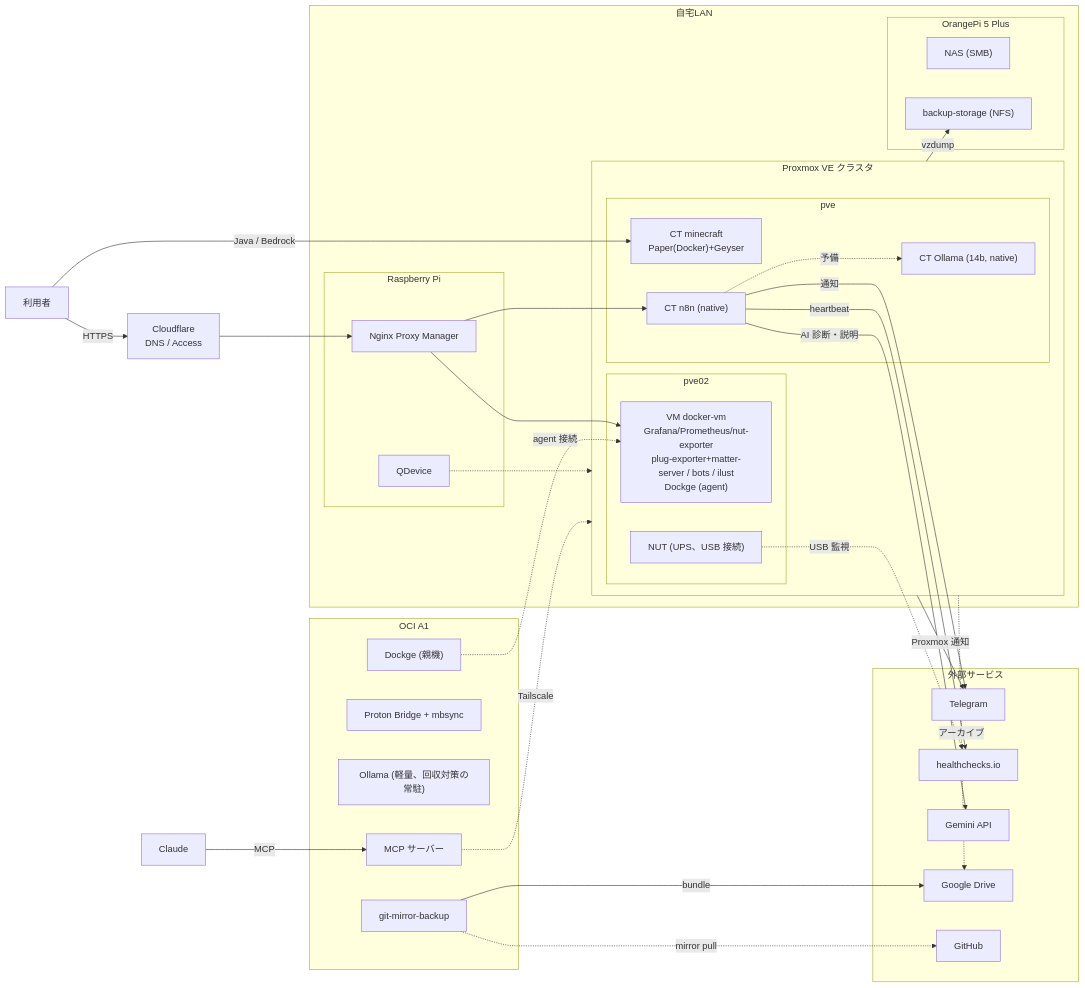
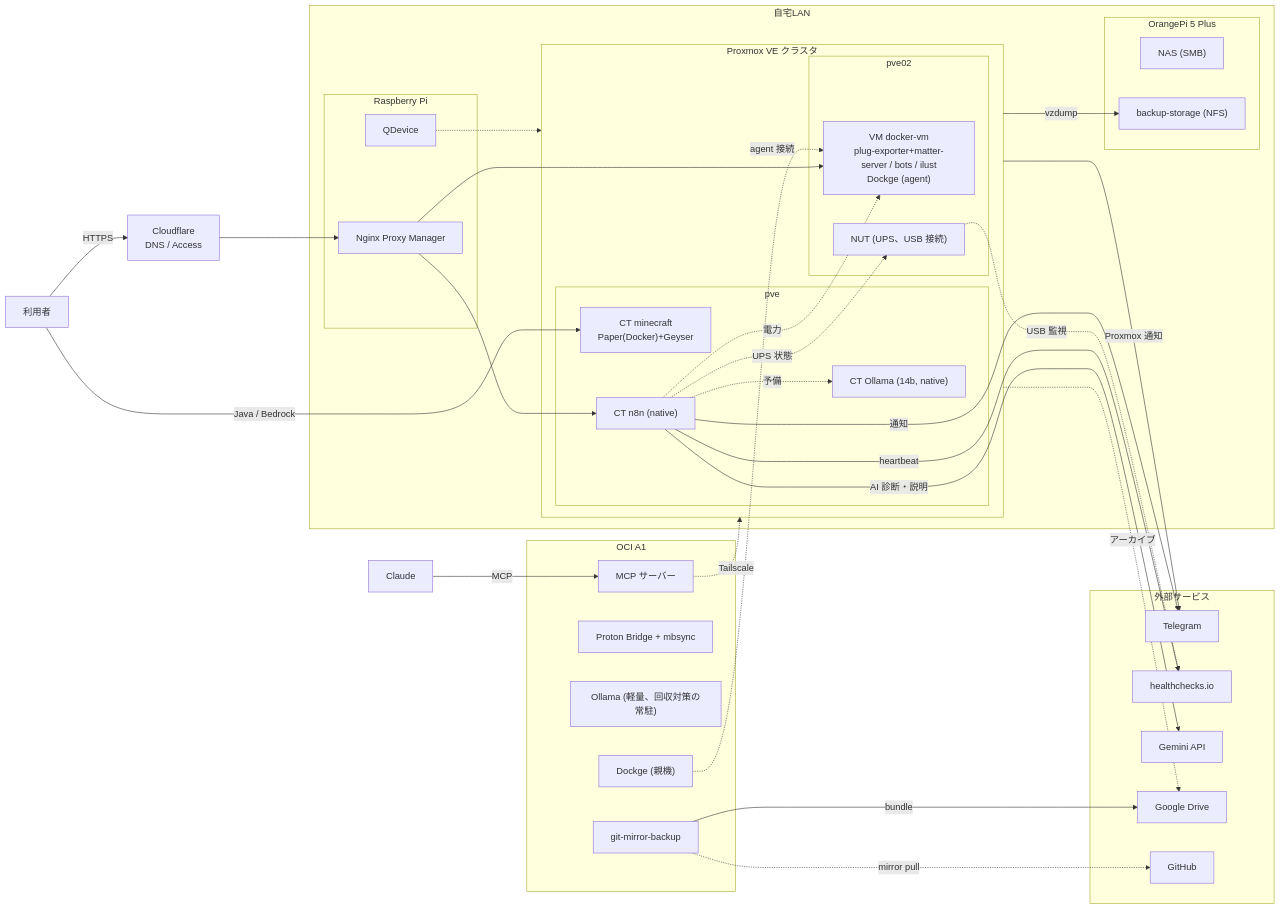
One commit to Leucophyllous/homelab changed the diagram in README.md. Above: the diagram before and after it, drawn with Mermaid. The commit also changed other lines of this file, not shown here.

Commit message:
docs: Grafana系の廃止と n8n による UPS・プラグ監視をREADMEに反映

````diff
--- a/README.md
+++ b/README.md
@@ -12,61 +12,63 @@
 ```mermaid
 flowchart LR
   user["利用者"] -->|HTTPS| cf["Cloudflare<br>DNS / Access"]
   user -->|Java / Bedrock| mc
   claude["Claude"] -->|MCP| mcp
 
   subgraph home["自宅LAN"]
     subgraph pi["Raspberry Pi"]
       npm["Nginx Proxy Manager"]
       qd["QDevice"]
     end
     subgraph cluster["Proxmox VE クラスタ"]
       subgraph pve["pve"]
         n8n["CT n8n (native)"]
         oll2["CT Ollama (14b, native)"]
         mc["CT minecraft<br>Paper(Docker)+Geyser"]
       end
       subgraph pve02["pve02"]
-        dvm["VM docker-vm<br>Grafana/Prometheus/nut-exporter<br>plug-exporter+matter-server / bots / ilust<br>Dockge (agent)"]
+        dvm["VM docker-vm<br>plug-exporter+matter-server / bots / ilust<br>Dockge (agent)"]
         nut["NUT (UPS、USB 接続)"]
       end
     end
     subgraph opi["OrangePi 5 Plus"]
       nas["NAS (SMB)"]
       bs["backup-storage (NFS)"]
     end
   end
 
   subgraph oci["OCI A1"]
     mcp["MCP サーバー"]
     mail["Proton Bridge + mbsync"]
     oll["Ollama (軽量、回収対策の常駐)"]
     dockge["Dockge (親機)"]
     gm["git-mirror-backup"]
   end
 
   subgraph saas["外部サービス"]
     tg["Telegram"]
     hc["healthchecks.io"]
     gem["Gemini API"]
     gd["Google Drive"]
     gh["GitHub"]
   end
 
   cf --> npm
   npm --> dvm
   npm --> n8n
   qd -.-> cluster
   cluster -->|vzdump| bs
   n8n -->|通知| tg
+  n8n -.->|UPS 状態| nut
+  n8n -.->|電力| dvm
   cluster -->|Proxmox 通知| tg
   n8n -->|AI 診断・説明| gem
   n8n -.->|予備| oll2
   n8n -->|heartbeat| hc
   nut -.->|USB 監視| hc
   gm -->|bundle| gd
   gm -.->|mirror pull| gh
   cluster -.->|アーカイブ| gd
   dockge -.->|agent 接続| dvm
   mcp -.->|Tailscale| cluster
 ```
````
